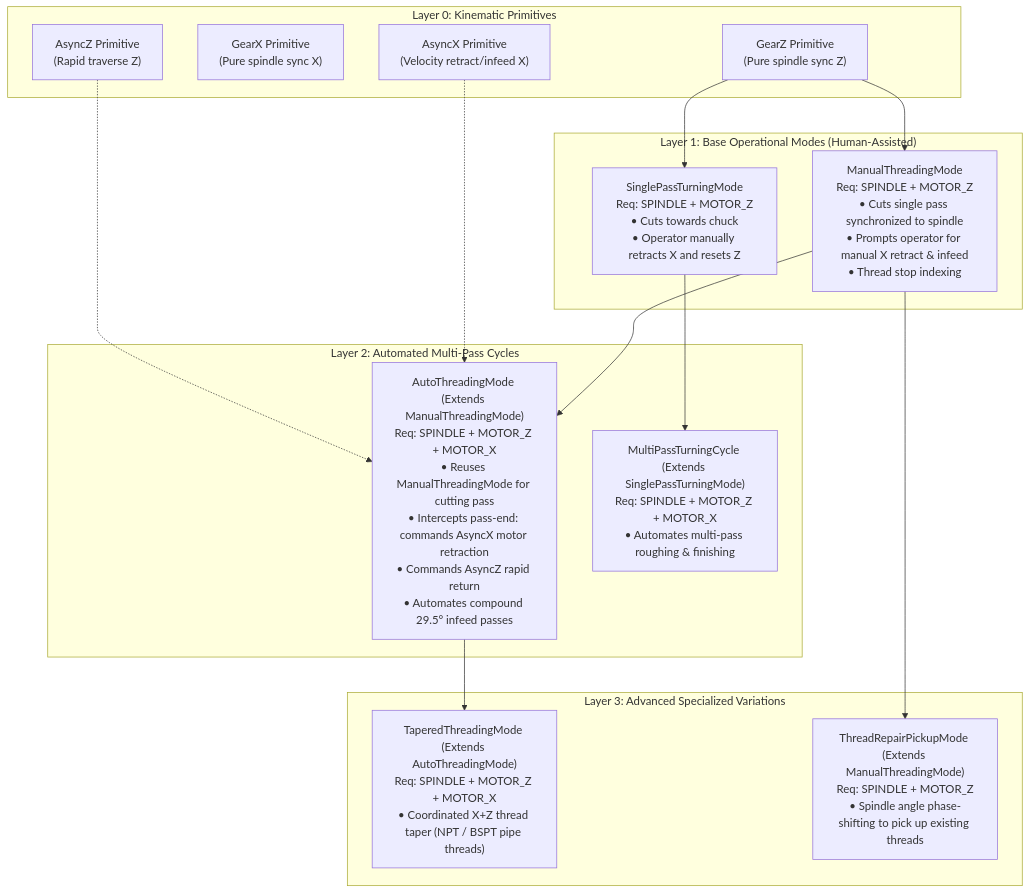
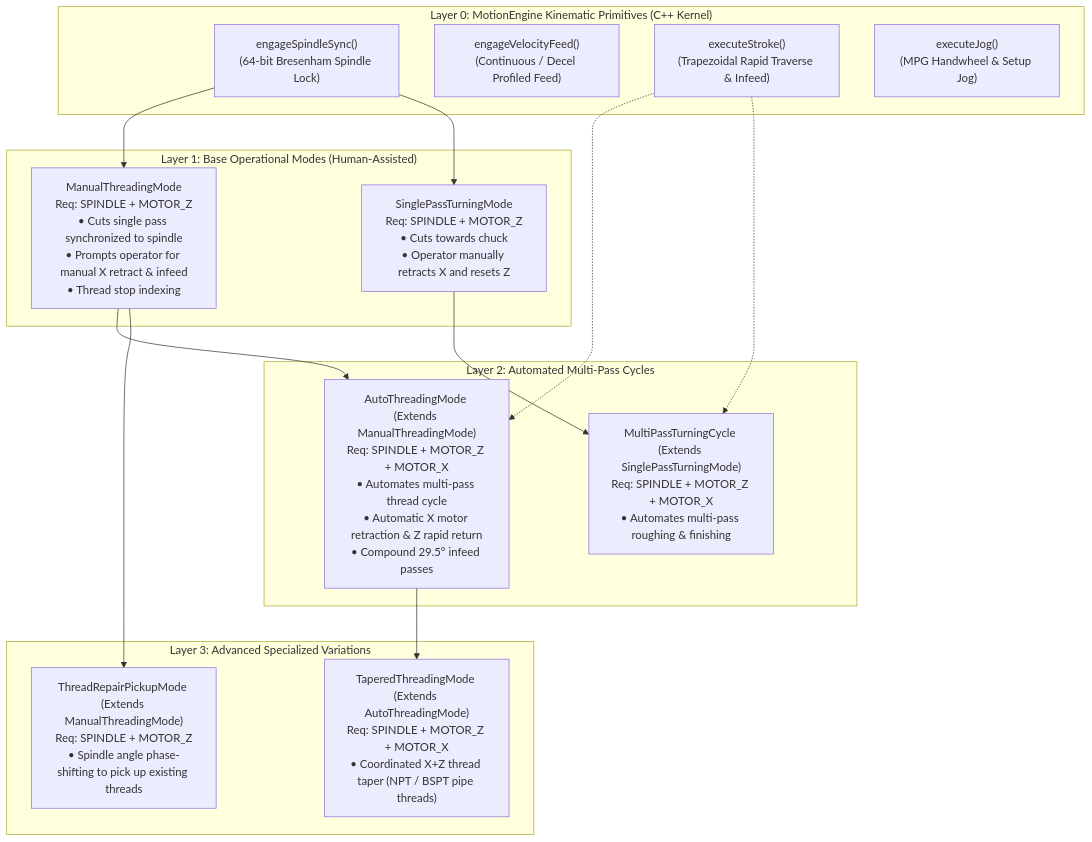
The third of 5 diagrams in docs/ELS_MODE_ARCHITECTURE.md (emmelcf/whatELS), drawn with Mermaid before and after one commit. The commit also changed other lines of this file and 12 other files, not shown here.

Commit message:
docs(motion): baseline motion architecture specifications and Argon peer review

````diff
--- a/docs/ELS_MODE_ARCHITECTURE.md
+++ b/docs/ELS_MODE_ARCHITECTURE.md
@@ -704,33 +681,33 @@
 ```mermaid
 graph TD
-    subgraph Layer_0 ["Layer 0: Kinematic Primitives"]
-        GearZ["GearZ Primitive\n(Pure spindle sync Z)"]
-        GearX["GearX Primitive\n(Pure spindle sync X)"]
-        AsyncX["AsyncX Primitive\n(Velocity retract/infeed X)"]
-        AsyncZ["AsyncZ Primitive\n(Rapid traverse Z)"]
+    subgraph Layer_0 ["Layer 0: MotionEngine Kinematic Primitives (C++ Kernel)"]
+        Sync["engageSpindleSync()\n(64-bit Bresenham Spindle Lock)"]
+        Feed["engageVelocityFeed()\n(Continuous / Decel Profiled Feed)"]
+        Stroke["executeStroke()\n(Trapezoidal Rapid Traverse & Infeed)"]
+        Jog["executeJog()\n(MPG Handwheel & Setup Jog)"]
     end
 
     subgraph Layer_1 ["Layer 1: Base Operational Modes (Human-Assisted)"]
         ThreadManual["ManualThreadingMode\nReq: SPINDLE + MOTOR_Z\n• Cuts single pass synchronized to spindle\n• Prompts operator for manual X retract & infeed\n• Thread stop indexing"]
         TurnManual["SinglePassTurningMode\nReq: SPINDLE + MOTOR_Z\n• Cuts towards chuck\n• Operator manually retracts X and resets Z"]
     end
 
     subgraph Layer_2 ["Layer 2: Automated Multi-Pass Cycles"]
-        ThreadAuto["AutoThreadingMode (Extends ManualThreadingMode)\nReq: SPINDLE + MOTOR_Z + MOTOR_X\n• Reuses ManualThreadingMode for cutting pass\n• Intercepts pass-end: commands AsyncX motor retraction\n• Commands AsyncZ rapid return\n• Automates compound 29.5° infeed passes"]
+        ThreadAuto["AutoThreadingMode (Extends ManualThreadingMode)\nReq: SPINDLE + MOTOR_Z + MOTOR_X\n• Automates multi-pass thread cycle\n• Automatic X motor retraction & Z rapid return\n• Compound 29.5° infeed passes"]
         TurnAuto["MultiPassTurningCycle (Extends SinglePassTurningMode)\nReq: SPINDLE + MOTOR_Z + MOTOR_X\n• Automates multi-pass roughing & finishing"]
     end
 
     subgraph Layer_3 ["Layer 3: Advanced Specialized Variations"]
         ThreadTaper["TaperedThreadingMode (Extends AutoThreadingMode)\nReq: SPINDLE + MOTOR_Z + MOTOR_X\n• Coordinated X+Z thread taper (NPT / BSPT pipe threads)"]
         ThreadPickup["ThreadRepairPickupMode (Extends ManualThreadingMode)\nReq: SPINDLE + MOTOR_Z\n• Spindle angle phase-shifting to pick up existing threads"]
     end
 
-    GearZ --> ThreadManual
-    GearZ --> TurnManual
+    Sync --> ThreadManual
+    Sync --> TurnManual
     ThreadManual --> ThreadAuto
     ThreadManual --> ThreadPickup
     ThreadAuto --> ThreadTaper
-    AsyncX -.-> ThreadAuto
-    AsyncZ -.-> ThreadAuto
+    Stroke -.-> ThreadAuto
+    Stroke -.-> TurnAuto
     TurnManual --> TurnAuto
 ```
````
